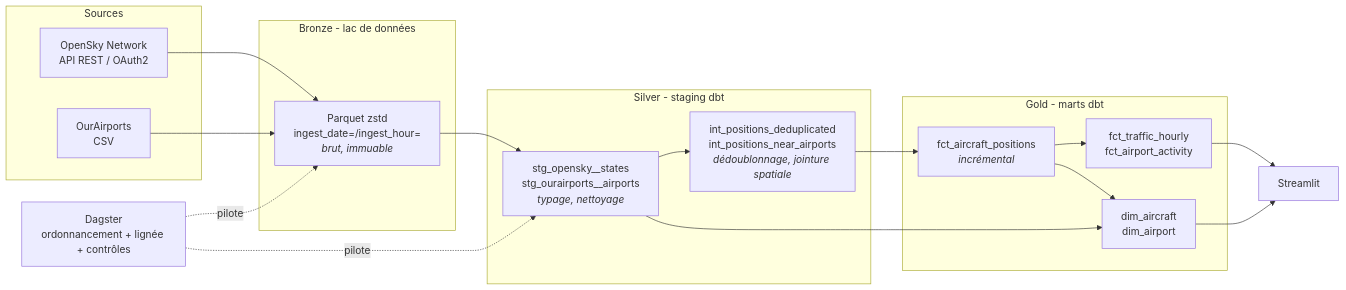
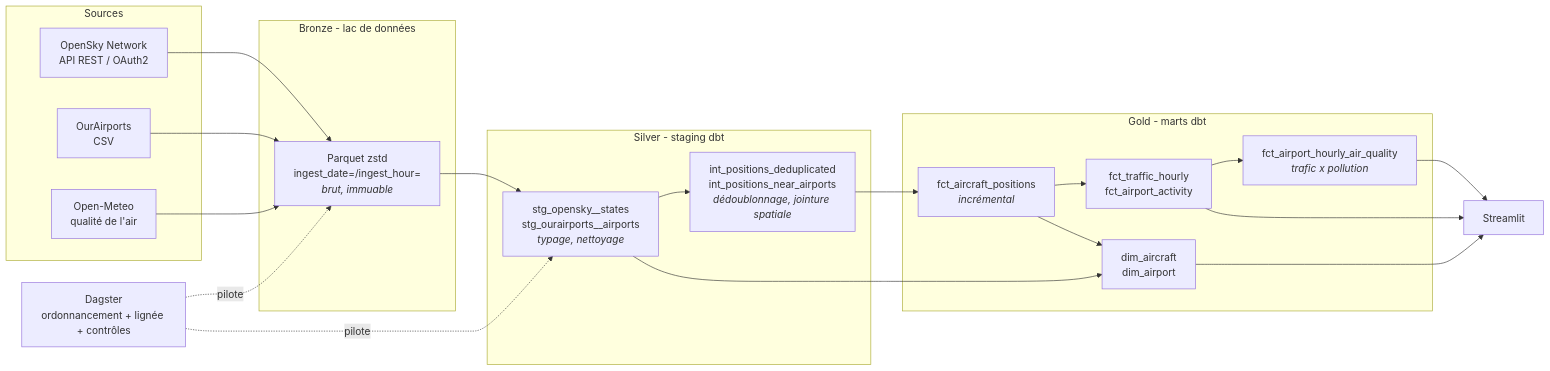
The diagram in README.md (SouleimanME/Skytrace), drawn with Mermaid before and after one commit. The commit also changed other lines of this file and 19 other files, not shown here.

Commit message:
feat: source qualite de l'air + analyse trafic/pollution ; controles de plausibilite en warn ; rendu sobre

````diff
--- a/README.md
+++ b/README.md
@@ -42,35 +42,40 @@
 ```mermaid
 flowchart LR
     subgraph sources["Sources"]
         A["OpenSky Network<br/>API REST / OAuth2"]
         B["OurAirports<br/>CSV"]
+        B2["Open-Meteo<br/>qualité de l'air"]
     end
 
     subgraph bronze["Bronze - lac de données"]
         C["Parquet zstd<br/>ingest_date=/ingest_hour=<br/><i>brut, immuable</i>"]
     end
 
     subgraph silver["Silver - staging dbt"]
         D["stg_opensky__states<br/>stg_ourairports__airports<br/><i>typage, nettoyage</i>"]
         E["int_positions_deduplicated<br/>int_positions_near_airports<br/><i>dédoublonnage, jointure spatiale</i>"]
     end
 
     subgraph gold["Gold - marts dbt"]
         F["fct_aircraft_positions<br/><i>incrémental</i>"]
         G["fct_traffic_hourly<br/>fct_airport_activity"]
         H["dim_aircraft<br/>dim_airport"]
+        K["fct_airport_hourly_air_quality<br/><i>trafic x pollution</i>"]
     end
 
     I["Streamlit"]
 
     A --> C
     B --> C
+    B2 --> C
     C --> D --> E --> F --> G
     D --> H
     F --> H
+    G --> K
     G --> I
     H --> I
+    K --> I
 
     J["Dagster<br/>ordonnancement + lignée + contrôles"] -.pilote.-> C
     J -.pilote.-> D
 ```
````
